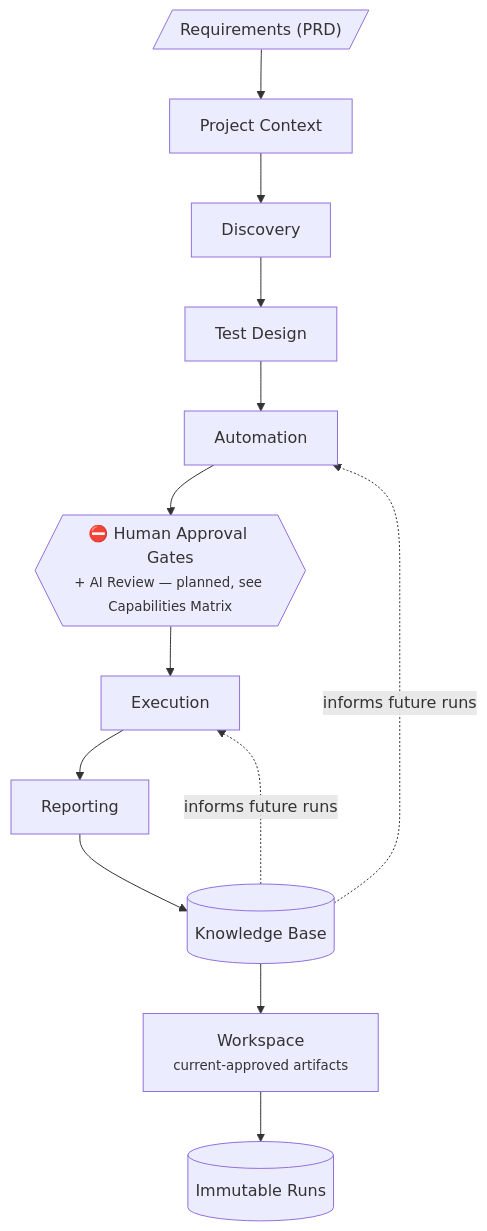
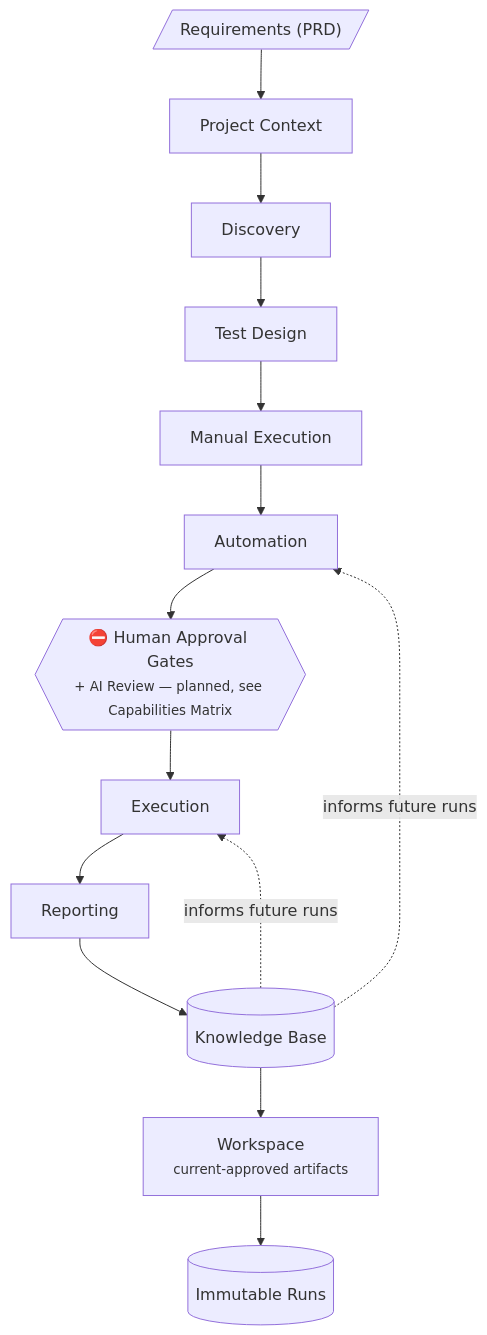
Before and after one commit to HusseinAtaHussein1/AISeatMap: the first of 10 diagrams in README.md, drawn with Mermaid. The commit also changed other lines of this file and 208 other files, not shown here.

Commit message:
new agent for manual execution only

````diff
--- a/README.md
+++ b/README.md
@@ -173,16 +174,17 @@
 ```mermaid
 flowchart TD
     REQ[/"Requirements (PRD)"/] --> CTX["Project Context"]
     CTX --> DISC["Discovery"]
     DISC --> TD["Test Design"]
-    TD --> AUTO["Automation"]
+    TD --> MANEX["Manual Execution"]
+    MANEX --> AUTO["Automation"]
     AUTO --> GATE{{"⛔ Human Approval Gates<br/><small>+ AI Review — planned, see Capabilities Matrix</small>"}}
     GATE --> EXEC["Execution"]
     EXEC --> REPORT["Reporting"]
     REPORT --> KB[("Knowledge Base")]
     KB --> WORK["Workspace<br/><small>current-approved artifacts</small>"]
     WORK --> RUNS[("Immutable Runs")]
 
     KB -.informs future runs.-> AUTO
     KB -.informs future runs.-> EXEC
 ```
````
